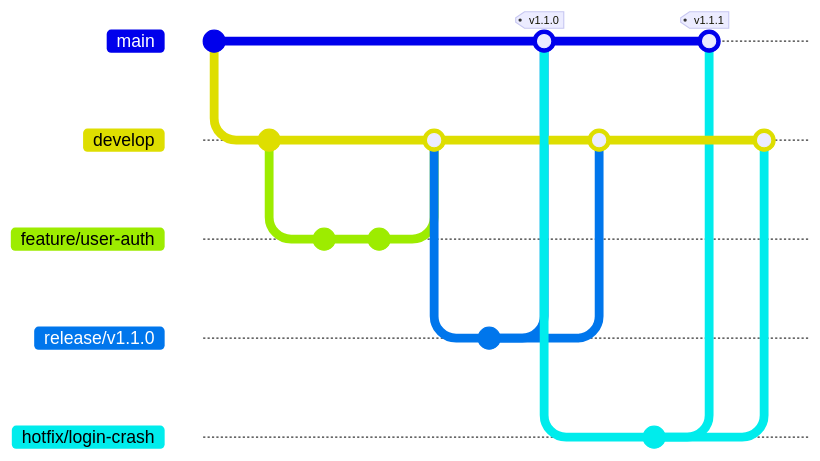
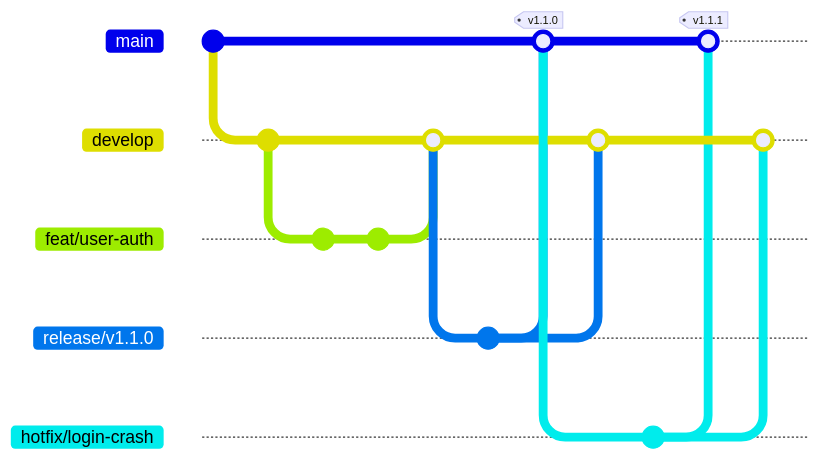
The diagram in docs/branching-strategy.md (uslanozan/Tidyorg), drawn with Mermaid before and after one commit. The commit also changed other lines of this file and 17 other files, not shown here. Commit ids are hidden.

````diff
--- a/docs/branching-strategy.md
+++ b/docs/branching-strategy.md
@@ -19,28 +43,28 @@
 ```mermaid
 gitGraph
     commit
     branch develop
     checkout develop
     commit
-    branch feature/user-auth
-    checkout feature/user-auth
+    branch feat/user-auth
+    checkout feat/user-auth
     commit
     commit
     checkout develop
-    merge feature/user-auth
+    merge feat/user-auth
     branch release/v1.1.0
     checkout release/v1.1.0
     commit
     checkout main
     merge release/v1.1.0 tag: "v1.1.0"
     checkout develop
     merge release/v1.1.0
     checkout main
     branch hotfix/login-crash
     checkout hotfix/login-crash
     commit
     checkout main
     merge hotfix/login-crash tag: "v1.1.1"
     checkout develop
     merge hotfix/login-crash
 ```
````
